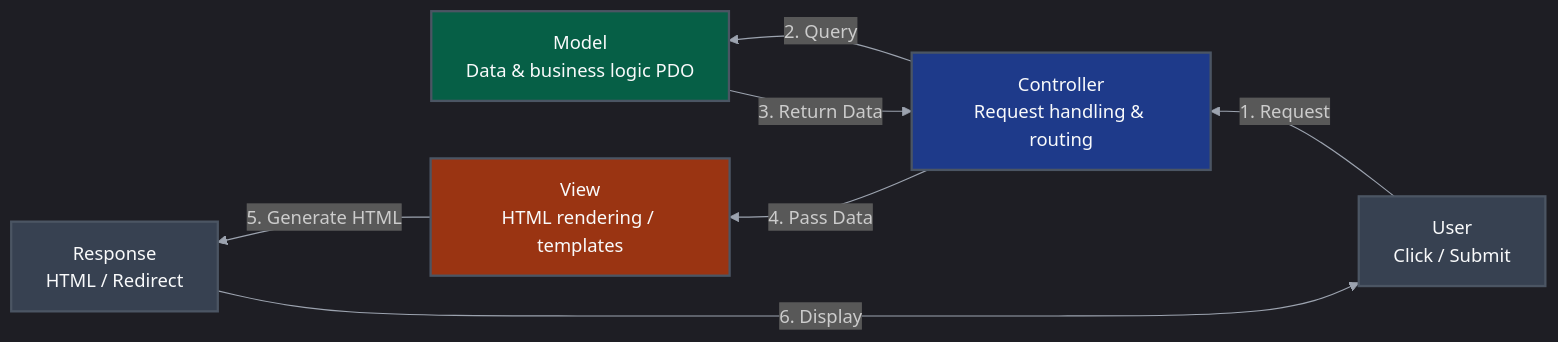
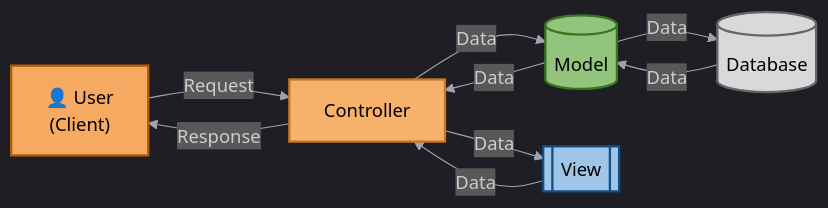
One commit to gtuck/web3400-Course-Docs changed the third of 3 diagrams in _lectures/decks/prg-to-mvc.md. Above: the diagram before and after it, drawn with Mermaid. The commit also changed other lines of this file, not shown here.

Commit message:
update to slides

````diff
--- a/_lectures/decks/prg-to-mvc.md
+++ b/_lectures/decks/prg-to-mvc.md
@@ -303,16 +303,28 @@
 ```mermaid
 %%{init: {'theme':'dark', 'themeVariables': { 'primaryColor':'#1E3A8A','primaryTextColor':'#F9FAFB','primaryBorderColor':'#4B5563','lineColor':'#9CA3AF','secondaryColor':'#065F46','tertiaryColor':'#9A3412'}}}%%
-graph RL
-    User[User<br/>Click / Submit] -->|1. Request| Controller[Controller<br/>Request handling & routing]
-    Controller -->|2. Query| Model[Model<br/>Data & business logic PDO]
-    Model -->|3. Return Data| Controller
-    Controller -->|4. Pass Data| View[View<br/>HTML rendering / templates]
-    View -->|5. Generate HTML| Response[Response<br/>HTML / Redirect]
-    Response -->|6. Display| User
+flowchart LR
+    %% Define elements
+    U["👤 User
+    (Client)"]
+    C[Controller]
+    M[(Model)]
+    D[(Database)]
+    V[[View]]
     
-    style User fill:#374151,stroke:#4B5563,color:#F9FAFB,stroke-width:2px
-    style Controller fill:#1E3A8A,stroke:#4B5563,color:#F9FAFB,stroke-width:2px
-    style Model fill:#065F46,stroke:#4B5563,color:#F9FAFB,stroke-width:2px
-    style View fill:#9A3412,stroke:#4B5563,color:#F9FAFB,stroke-width:2px
-    style Response fill:#374151,stroke:#4B5563,color:#F9FAFB,stroke-width:2px
+    %% Arrows and labels
+    U -->|Request| C
+    C -->|Response| U
+    C -->|Data| V
+    V -->|Data| C
+    C -->|Data| M
+    M -->|Data| C
+    M -->|Data| D
+    D -->|Data| M
+    
+    %% Styling
+    style C fill:#f6b26b,stroke:#cc7722,stroke-width:2px,color:#000
+    style M fill:#93c47d,stroke:#38761d,stroke-width:2px,color:#000
+    style V fill:#9fc5e8,stroke:#134f84,stroke-width:2px,color:#000
+    style U fill:#f6a960,stroke:#b45f06,stroke-width:2px,color:#000
+    style D fill:#d9d9d9,stroke:#666,stroke-width:2px,color:#000
 ```
````
